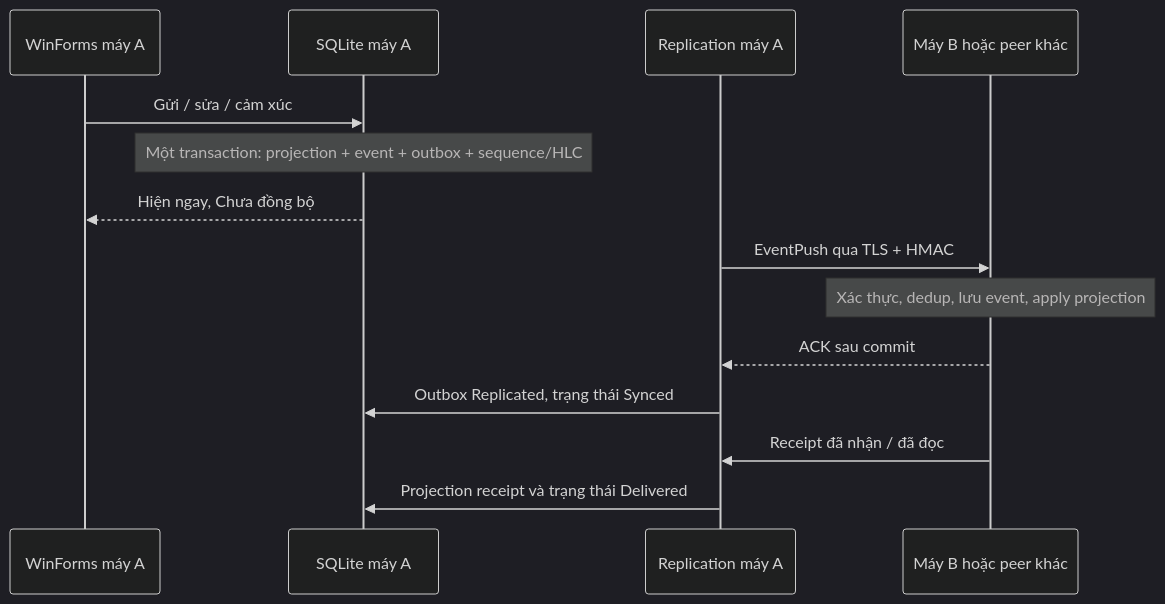
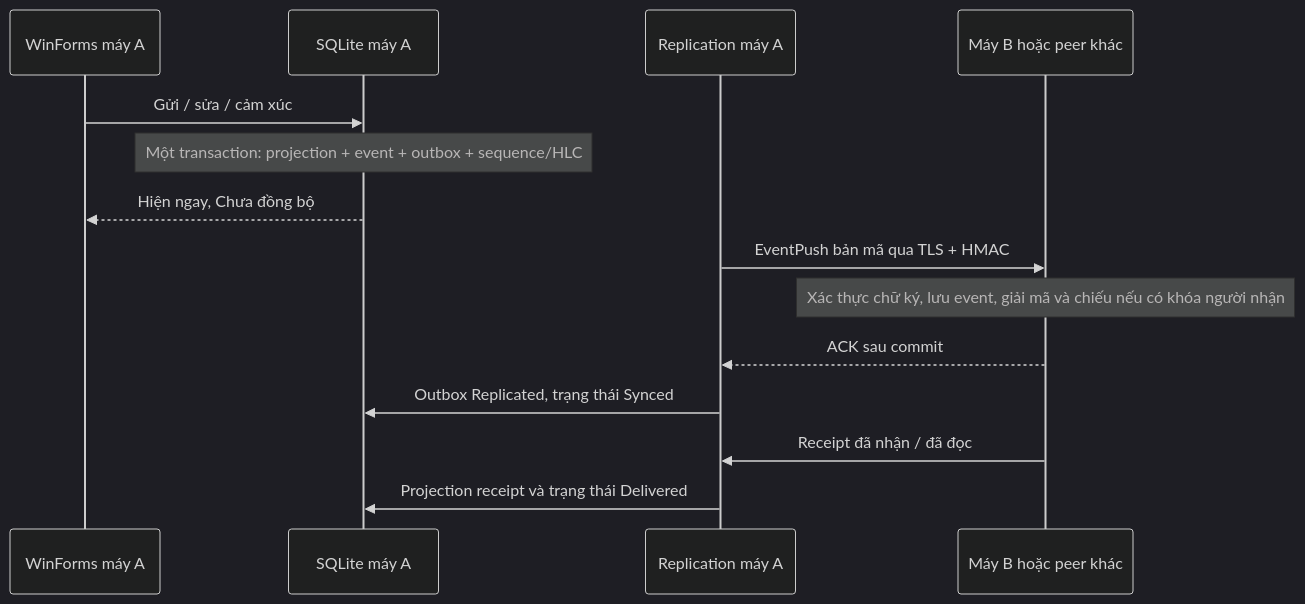
Before and after one commit to dattiphu2022/LanChat: the diagram in docs/ARCHITECTURE.md, drawn with Mermaid (dark theme). The commit also changed other lines of this file and 29 other files, not shown here.

````diff
--- a/docs/ARCHITECTURE.md
+++ b/docs/ARCHITECTURE.md
@@ -23,16 +23,16 @@
 ```mermaid
 sequenceDiagram
     participant UI as WinForms máy A
     participant DB as SQLite máy A
     participant R as Replication máy A
     participant B as Máy B hoặc peer khác
     UI->>DB: Gửi / sửa / cảm xúc
     Note over DB: Một transaction: projection + event + outbox + sequence/HLC
     DB-->>UI: Hiện ngay, Chưa đồng bộ
-    R->>B: EventPush qua TLS + HMAC
-    Note over B: Xác thực, dedup, lưu event, apply projection
+    R->>B: EventPush bản mã qua TLS + HMAC
+    Note over B: Xác thực chữ ký, lưu event, giải mã và chiếu nếu có khóa người nhận
     B-->>R: ACK sau commit
     R->>DB: Outbox Replicated, trạng thái Synced
     B->>R: Receipt đã nhận / đã đọc
     R->>DB: Projection receipt và trạng thái Delivered
 ```
````
